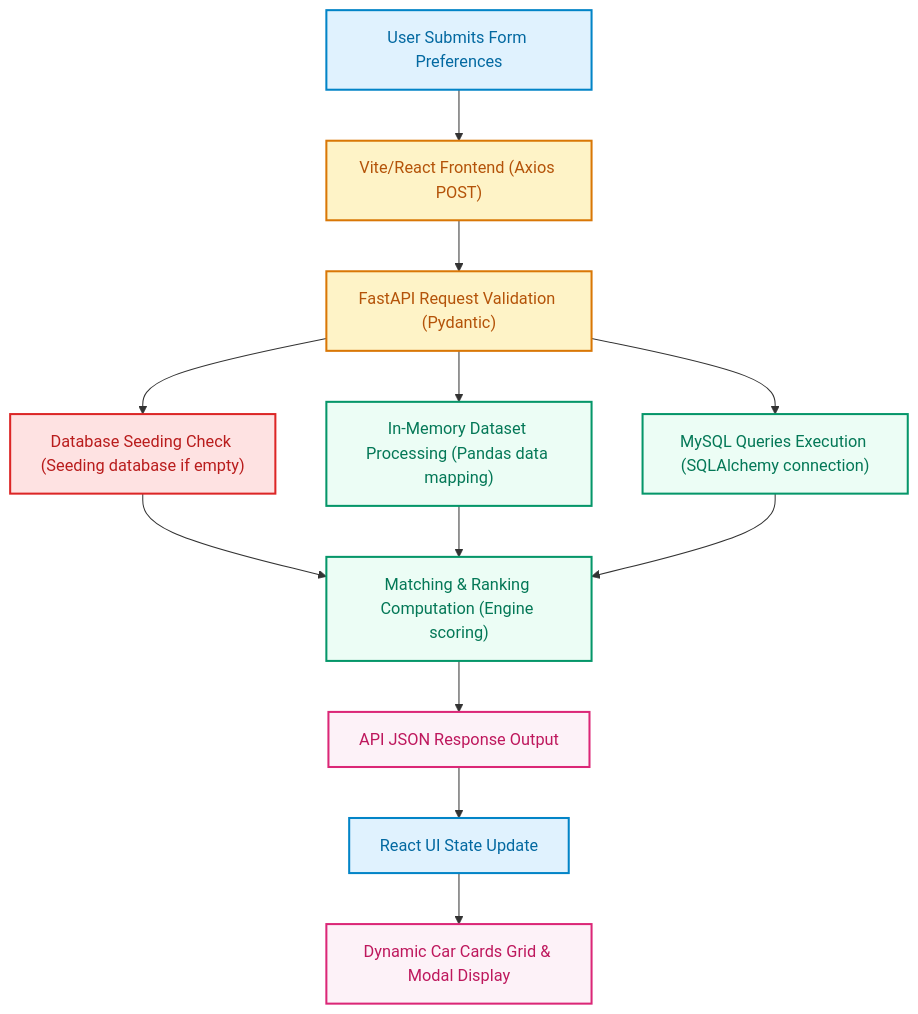
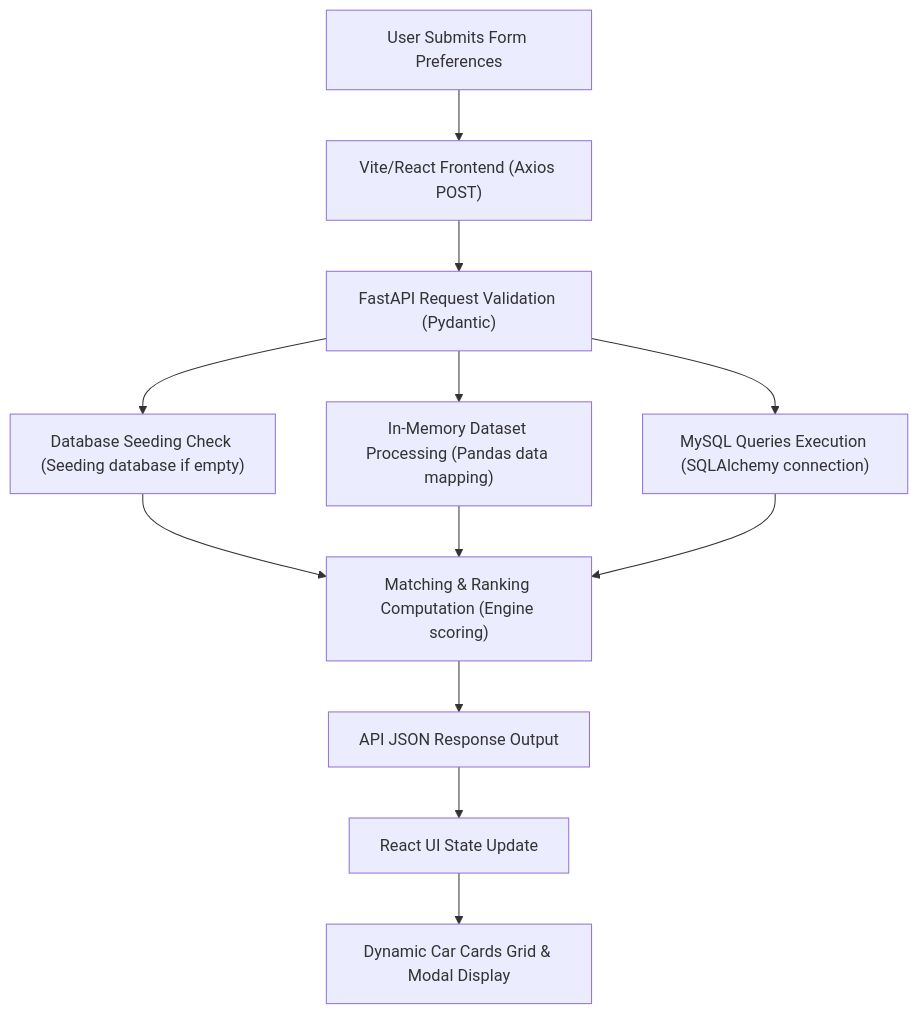
Before and after one commit to sakalyeakshat/Smart-Car-recommendation-system: the second of 2 diagrams in README.md, drawn with Mermaid. The commit also changed other lines of this file and 2 other files, not shown here.

````diff
--- a/README.md
+++ b/README.md
@@ -256,23 +248,17 @@
 ```mermaid
 graph TD
-    classDef input fill:#e0f2fe,stroke:#0284c7,stroke-width:2px,color:#0369a1;
-    classDef process fill:#fef3c7,stroke:#d97706,stroke-width:2px,color:#b45309;
-    classDef filter fill:#fee2e2,stroke:#dc2626,stroke-width:2px,color:#b91c1c;
-    classDef score fill:#ecfdf5,stroke:#059669,stroke-width:2px,color:#047857;
-    classDef output fill:#fdf2f8,stroke:#db2777,stroke-width:2px,color:#be185d;
-
-    A["User Submits Form Preferences"]:::input --> B["Vite/React Frontend (Axios POST)"]:::process
-    B --> C["FastAPI Request Validation (Pydantic)"]:::process
+    A["User Submits Form Preferences"] --> B["Vite/React Frontend (Axios POST)"]
+    B --> C["FastAPI Request Validation (Pydantic)"]
     
-    C --> D["Database Seeding Check (Seeding database if empty)"]:::filter
-    C --> E["In-Memory Dataset Processing (Pandas data mapping)"]:::score
-    C --> F["MySQL Queries Execution (SQLAlchemy connection)"]:::score
+    C --> D["Database Seeding Check (Seeding database if empty)"]
+    C --> E["In-Memory Dataset Processing (Pandas data mapping)"]
+    C --> F["MySQL Queries Execution (SQLAlchemy connection)"]
     
-    D --> G["Matching & Ranking Computation (Engine scoring)"]:::score
+    D --> G["Matching & Ranking Computation (Engine scoring)"]
     E --> G
     F --> G
     
-    G --> H["API JSON Response Output"]:::output
-    H --> I["React UI State Update"]:::input
-    I --> J["Dynamic Car Cards Grid & Modal Display"]:::output
+    G --> H["API JSON Response Output"]
+    H --> I["React UI State Update"]
+    I --> J["Dynamic Car Cards Grid & Modal Display"]
 ```
````
